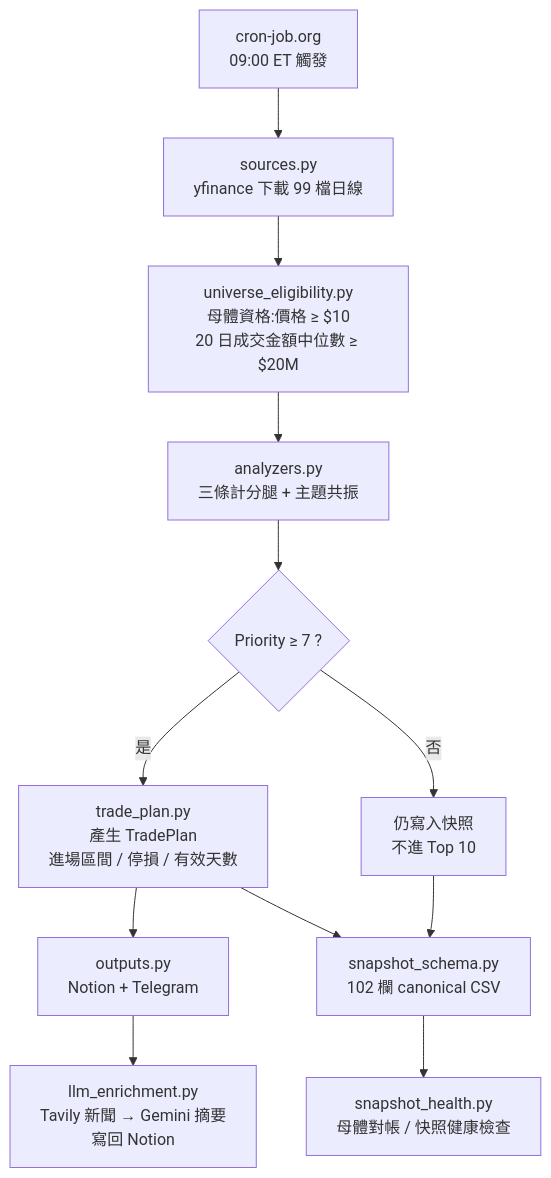
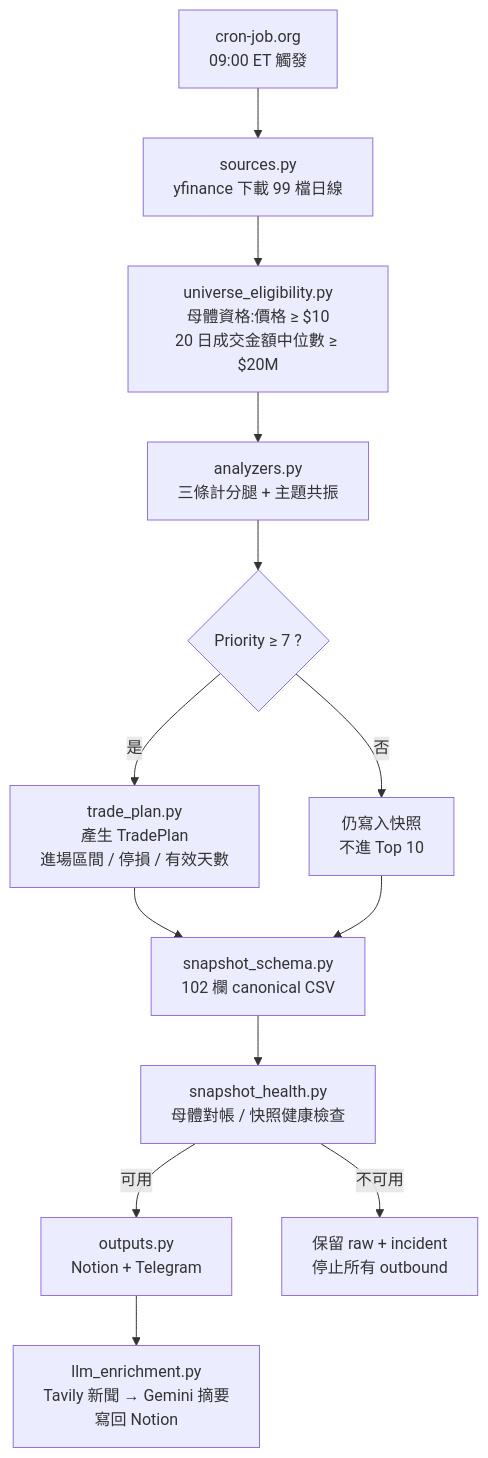
One commit to kkyyooaa-ghb/us-stock-scanner changed the diagram in README.md. Above: the diagram before and after it, drawn with Mermaid. The commit also changed other lines of this file and 31 other files, not shown here.

````diff
--- a/README.md
+++ b/README.md
@@ -14,14 +14,15 @@
 ```mermaid
 flowchart TD
     A["cron-job.org<br/>09:00 ET 觸發"] --> B["sources.py<br/>yfinance 下載 99 檔日線"]
     B --> C["universe_eligibility.py<br/>母體資格:價格 ≥ $10<br/>20 日成交金額中位數 ≥ $20M"]
     C --> D["analyzers.py<br/>三條計分腿 + 主題共振"]
     D --> E{"Priority ≥ 7 ?"}
     E -->|是| F["trade_plan.py<br/>產生 TradePlan<br/>進場區間 / 停損 / 有效天數"]
     E -->|否| G["仍寫入快照<br/>不進 Top 10"]
-    F --> H["outputs.py<br/>Notion + Telegram"]
-    H --> I["llm_enrichment.py<br/>Tavily 新聞 → Gemini 摘要<br/>寫回 Notion"]
     F --> J["snapshot_schema.py<br/>102 欄 canonical CSV"]
     G --> J
     J --> K["snapshot_health.py<br/>母體對帳 / 快照健康檢查"]
+    K -->|可用| H["outputs.py<br/>Notion + Telegram"]
+    H --> I["llm_enrichment.py<br/>Tavily 新聞 → Gemini 摘要<br/>寫回 Notion"]
+    K -->|不可用| L["保留 raw + incident<br/>停止所有 outbound"]
 ```
````
